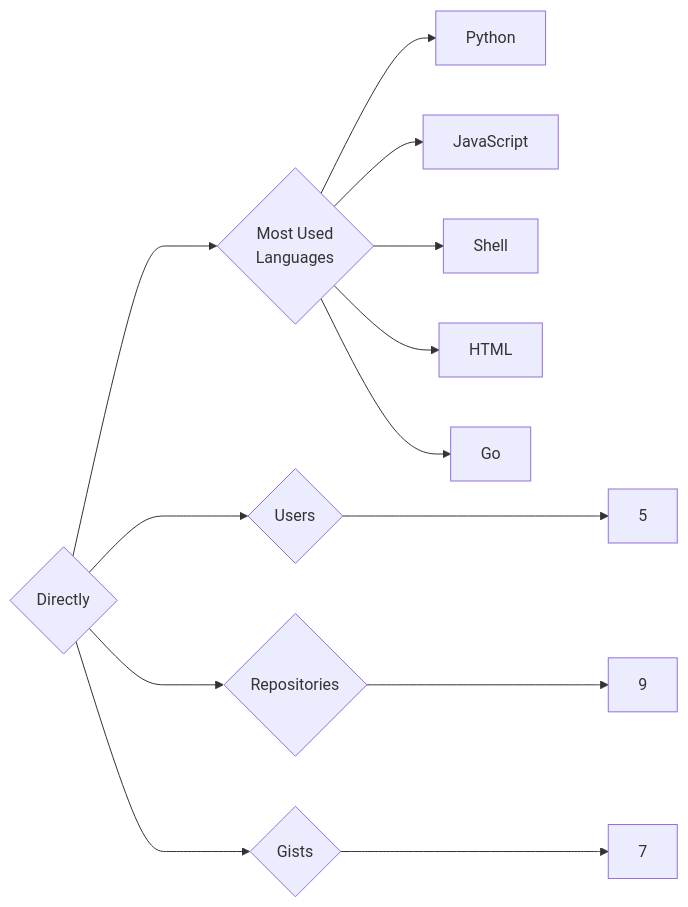
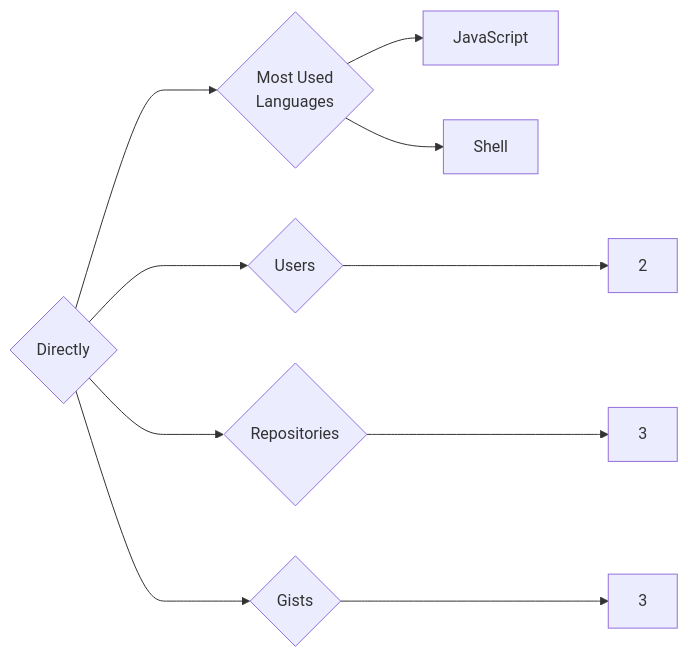
The diagram in targets/Directly/README.md (trickest/insiders), drawn with Mermaid before and after one commit. The commit also changed 984 other files, not shown here.

````diff
--- a/targets/Directly/README.md
+++ b/targets/Directly/README.md
@@ -3,13 +3,10 @@
 ```mermaid
 graph LR
 COMPANY_NAME{Directly}
-COMPANY_NAME ---> U{Users} ---> UN[5]
-COMPANY_NAME ---> R{Repositories} ---> RN[9]
-COMPANY_NAME ---> G{Gists} ---> GN[7]
+COMPANY_NAME ---> U{Users} ---> UN[2]
+COMPANY_NAME ---> R{Repositories} ---> RN[3]
+COMPANY_NAME ---> G{Gists} ---> GN[3]
 COMPANY_NAME ---> ML{Most Used<br>Languages}
-ML --> Python[Python]
 ML --> JavaScript[JavaScript]
 ML --> Shell[Shell]
-ML --> HTML[HTML]
-ML --> Go[Go]
 ```
````
